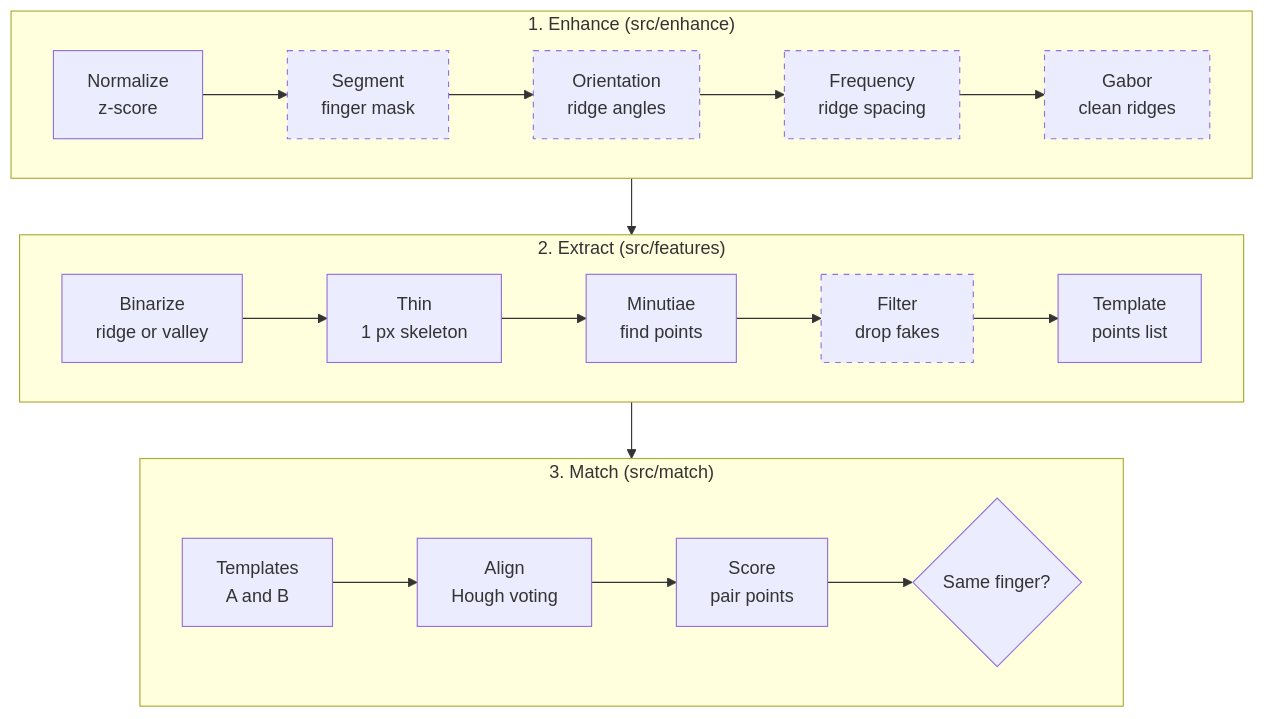
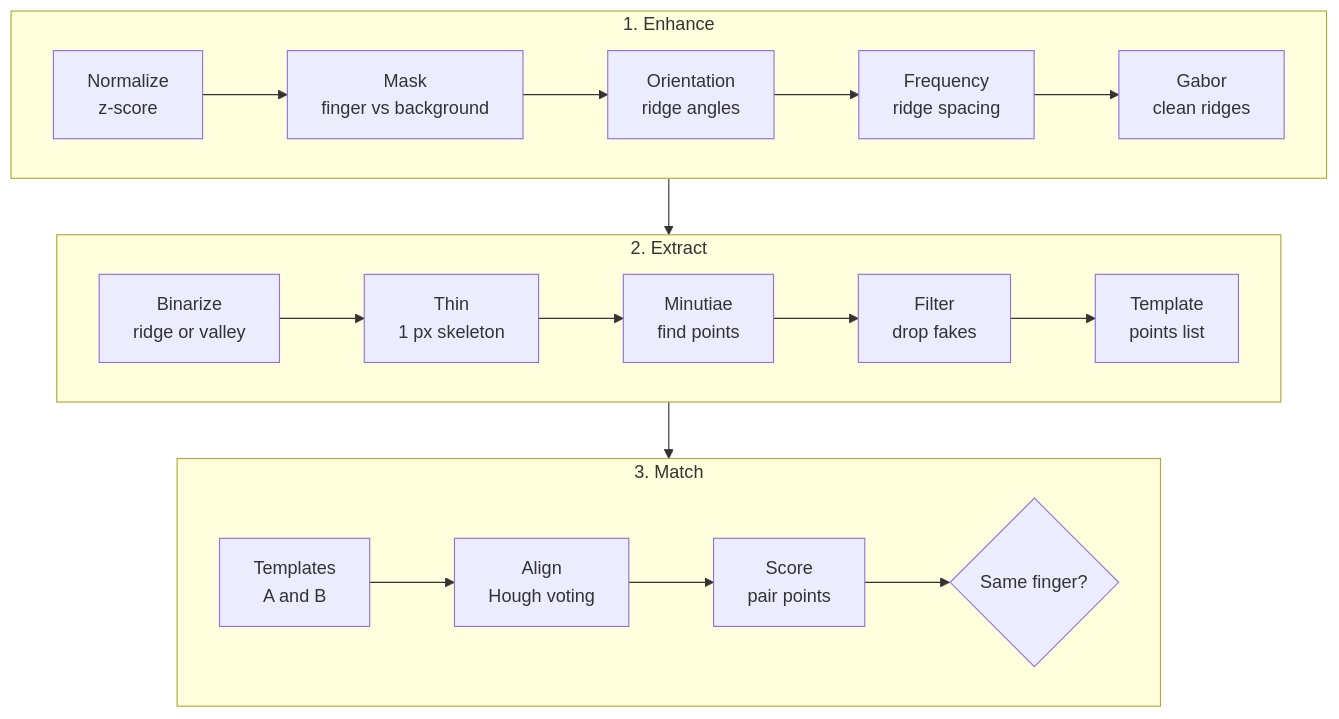
The diagram in README.md (GrantBaum/fingerprint-analyzer), drawn with Mermaid before and after one commit. The commit also changed other lines of this file and 2 other files, not shown here.

````diff
--- a/README.md
+++ b/README.md
@@ -38,18 +52,16 @@
 ```mermaid
 flowchart TB
-    subgraph E["1. Enhance (src/enhance)"]
+    subgraph E["1. Enhance"]
         direction LR
-        N["Normalize<br/>z-score"] --> S["Segment<br/>finger mask"] --> O["Orientation<br/>ridge angles"] --> F["Frequency<br/>ridge spacing"] --> G["Gabor<br/>clean ridges"]
+        N["Normalize<br/>z-score"] --> S["Mask<br/>finger vs background"] --> O["Orientation<br/>ridge angles"] --> F["Frequency<br/>ridge spacing"] --> G["Gabor<br/>clean ridges"]
     end
-    subgraph X["2. Extract (src/features)"]
+    subgraph X["2. Extract"]
         direction LR
         B["Binarize<br/>ridge or valley"] --> T["Thin<br/>1 px skeleton"] --> M["Minutiae<br/>find points"] --> FL["Filter<br/>drop fakes"] --> TP["Template<br/>points list"]
     end
-    subgraph MA["3. Match (src/match)"]
+    subgraph MA["3. Match"]
         direction LR
         AB["Templates<br/>A and B"] --> AL["Align<br/>Hough voting"] --> SC["Score<br/>pair points"] --> D{"Same finger?"}
     end
     E --> X --> MA
-    classDef phase3 stroke-dasharray: 5 5;
-    class S,O,F,G,FL phase3;
 ```
````
